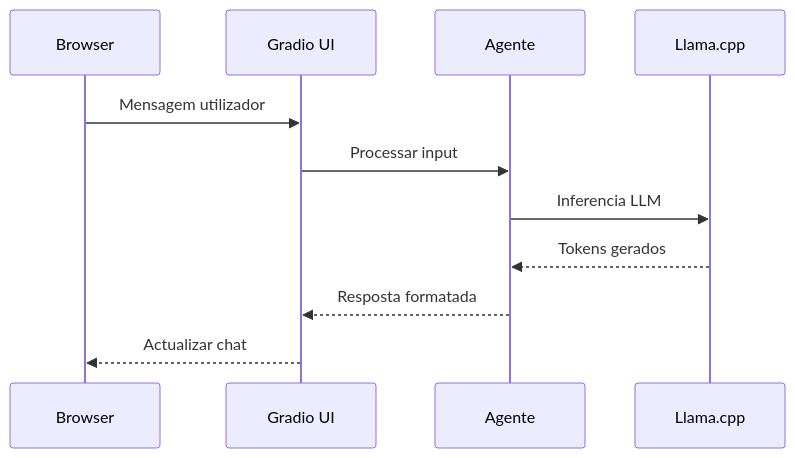
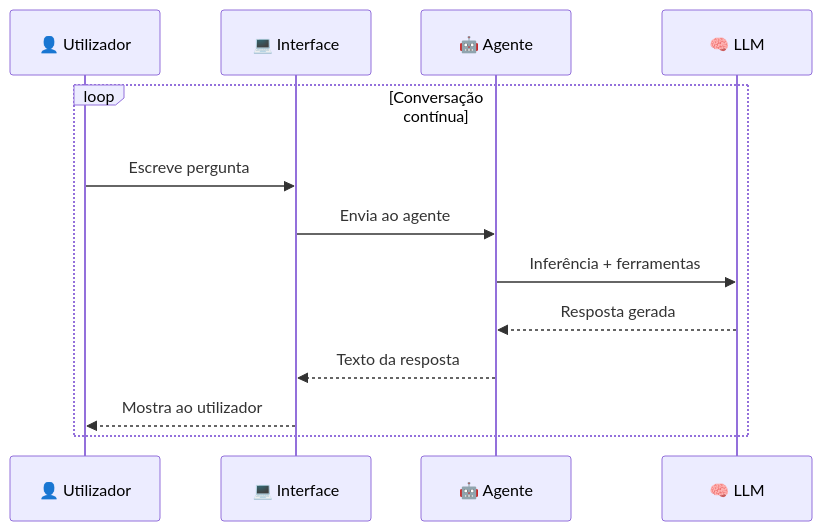
One commit to icpmtech/empresaiq-ebook changed the diagram in docs/13-interface-chat.md. Above: the diagram before and after it, drawn with Mermaid. The commit also changed other lines of this file and 24 other files, not shown here.

````diff
--- a/docs/13-interface-chat.md
+++ b/docs/13-interface-chat.md
@@ -9,13 +21,15 @@
 ```mermaid
 sequenceDiagram
-    participant B as Browser
-    participant G as Gradio UI
-    participant A as Agente
-    participant L as Llama.cpp
-    B->>G: Mensagem utilizador
-    G->>A: Processar input
-    A->>L: Inferencia LLM
-    L-->>A: Tokens gerados
-    A-->>G: Resposta formatada
-    G-->>B: Actualizar chat
+    participant U as 👤 Utilizador
+    participant I as 💻 Interface
+    participant A as 🤖 Agente
+    participant L as 🧠 LLM
+    loop Conversação contínua
+        U->>I: Escreve pergunta
+        I->>A: Envia ao agente
+        A->>L: Inferência + ferramentas
+        L-->>A: Resposta gerada
+        A-->>I: Texto da resposta
+        I-->>U: Mostra ao utilizador
+    end
 ```
````
